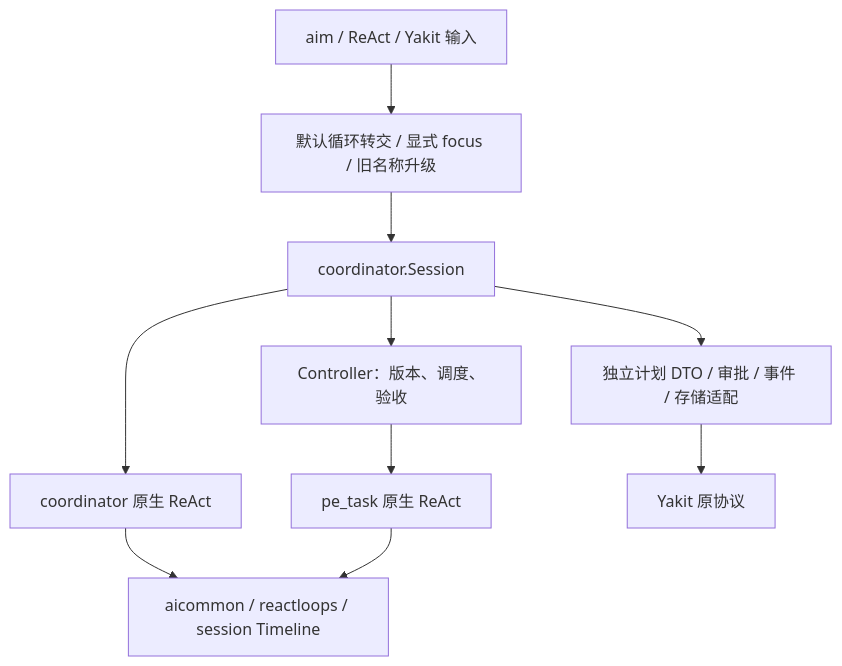
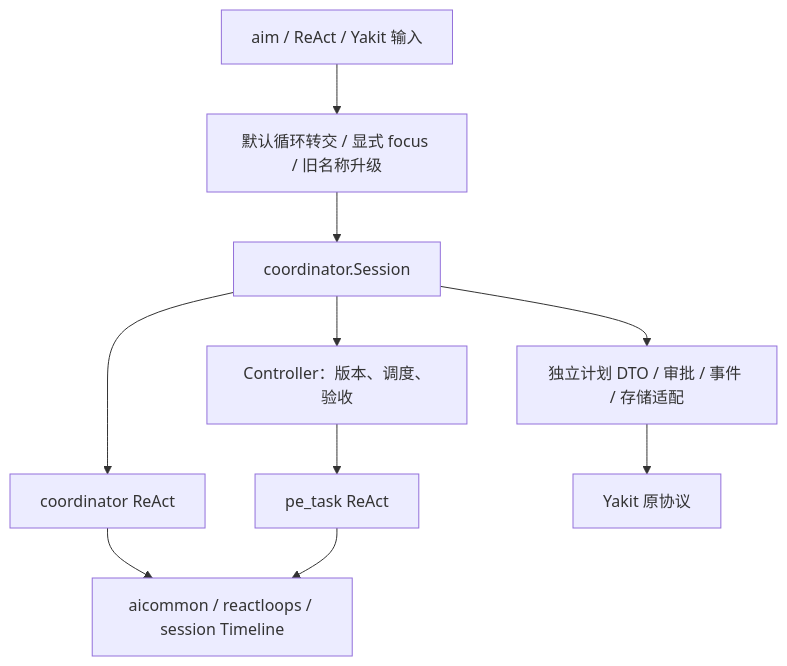
Before and after one commit to yaklang/yaklang: the diagram in common/ai/aid/coordinator_architecture.md, drawn with Mermaid. The commit also changed other lines of this file and 35 other files, not shown here.

````diff
--- a/common/ai/aid/coordinator_architecture.md
+++ b/common/ai/aid/coordinator_architecture.md
@@ -24,12 +24,12 @@
 ```mermaid
 flowchart TD
     Entry[aim / ReAct / Yakit 输入] --> Select[默认循环转交 / 显式 focus / 旧名称升级]
     Select --> Native[coordinator.Session]
-    Native --> Planner[coordinator 原生 ReAct]
+    Native --> Planner[coordinator ReAct]
     Native --> Control[Controller：版本、调度、验收]
-    Control --> Worker[pe_task 原生 ReAct]
+    Control --> Worker[pe_task ReAct]
     Native --> Wire[独立计划 DTO / 审批 / 事件 / 存储适配]
     Wire --> UI[Yakit 原协议]
     Planner --> Shared[aicommon / reactloops / session Timeline]
     Worker --> Shared
 ```
````
